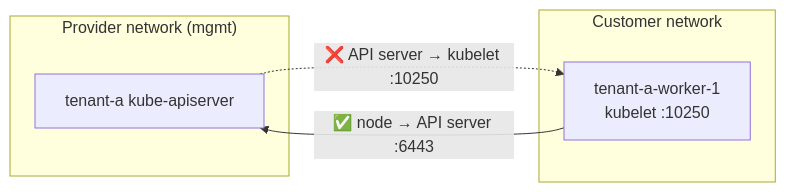
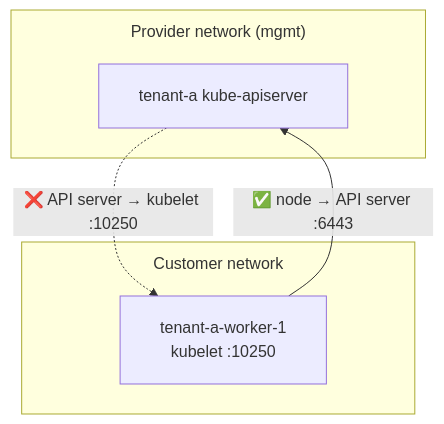
The diagram in docs/08-provider-network.md (latitudesh/managed-k8s-workshop), drawn with Mermaid before and after one commit. The commit also changed other lines of this file and 38 other files, not shown here.

````diff
--- a/docs/08-provider-network.md
+++ b/docs/08-provider-network.md
@@ -5,11 +7,12 @@
 ```mermaid
-flowchart LR
+%%{init: {"flowchart": {"padding": 20, "nodeSpacing": 60, "rankSpacing": 60, "subGraphTitleMargin": {"top": 10, "bottom": 14}}}}%%
+flowchart TB
   subgraph provider["Provider network (mgmt)"]
     api["tenant-a kube-apiserver"]
   end
   subgraph customer["Customer network"]
     kubelet["tenant-a-worker-1<br/>kubelet :10250"]
   end
   kubelet -- "✅ node → API server :6443" --> api
   api -. "❌ API server → kubelet :10250" .-> kubelet
 ```
````
